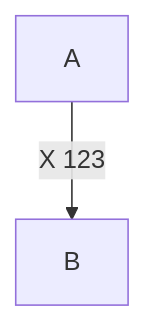
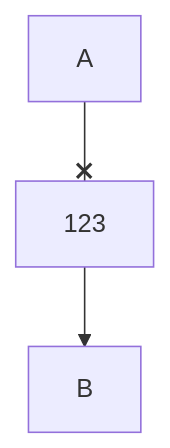
The diagram in mermaidtest.md (henderson2k/sn), drawn with Mermaid before and after one commit.

````diff
--- a/mermaidtest.md
+++ b/mermaidtest.md
@@ -5,4 +5,4 @@
 ```mermaid
 flowchart
-A --X 123 --> B
+A --x 123 --> B
 ```
````
